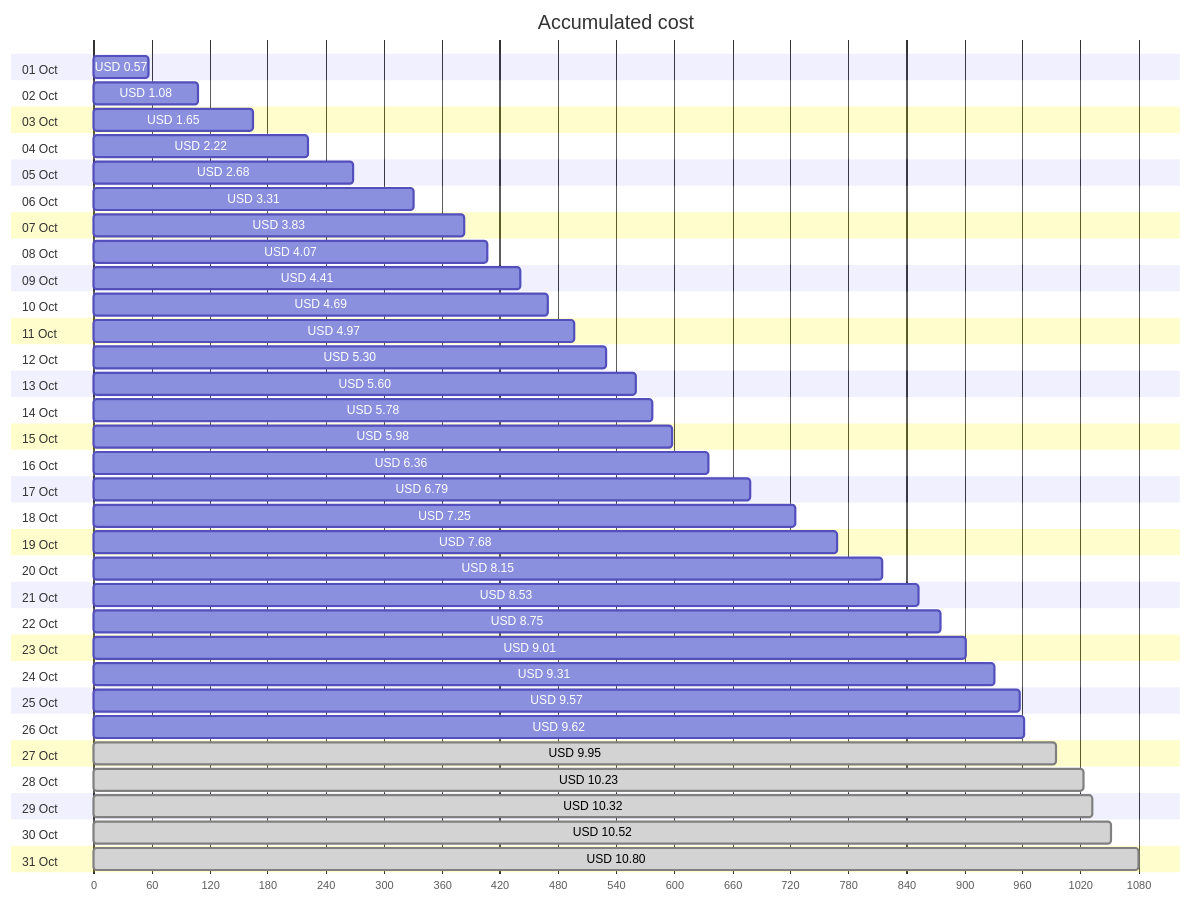
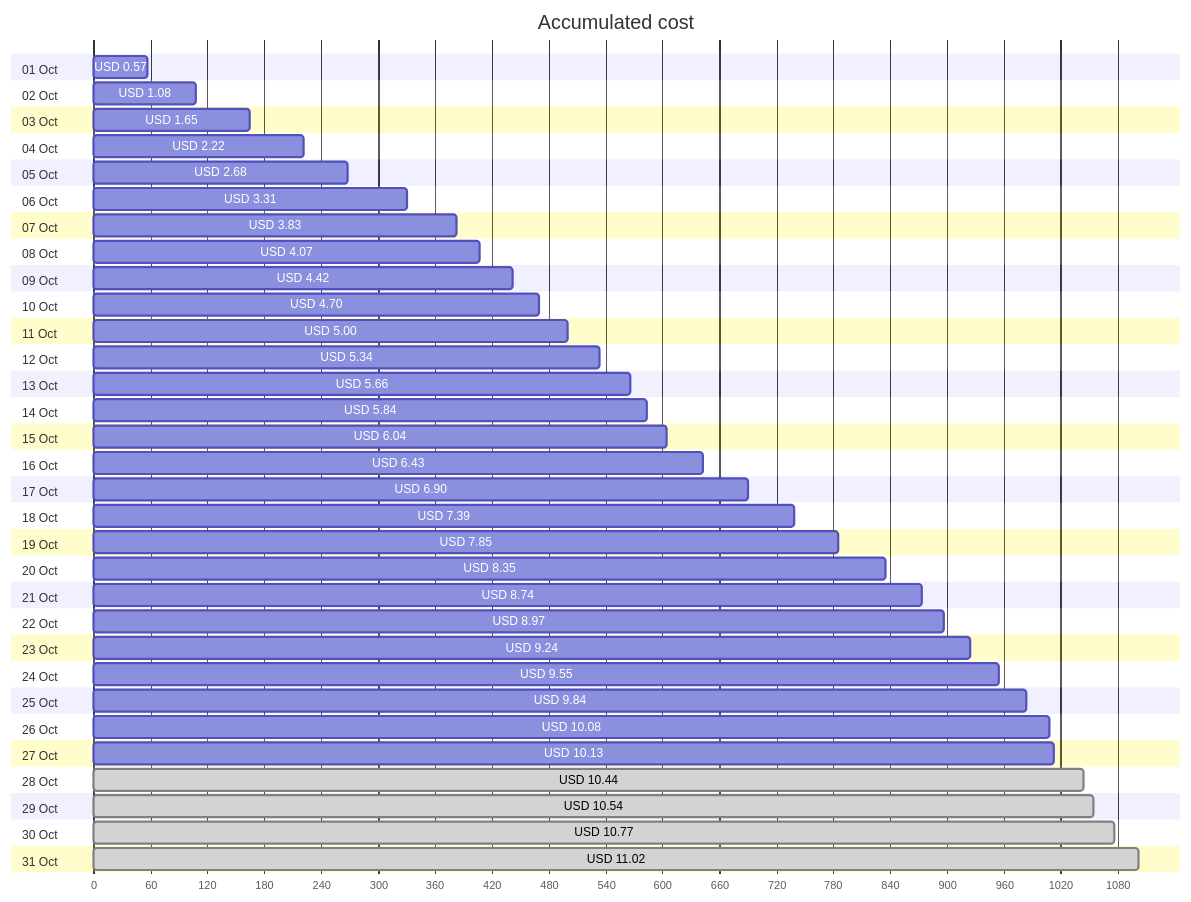
Before and after one commit to jpfulton/azure-personal-reports: the first of 4 diagrams in cost-reports/personal-network/vpn-server.md, drawn with Mermaid. The commit also changed other lines of this file and 7 other files, not shown here.

````diff
--- a/cost-reports/personal-network/vpn-server.md
+++ b/cost-reports/personal-network/vpn-server.md
@@ -20,68 +20,68 @@
 ```mermaid
 gantt
    title Accumulated cost
    dateFormat  X
    axisFormat %s
    section 01 Oct
    USD 0.57 :0, 57
    section 02 Oct
    USD 1.08 :0, 108
    section 03 Oct
    USD 1.65 :0, 165
    section 04 Oct
    USD 2.22 :0, 222
    section 05 Oct
    USD 2.68 :0, 268
    section 06 Oct
    USD 3.31 :0, 331
    section 07 Oct
    USD 3.83 :0, 383
    section 08 Oct
    USD 4.07 :0, 407
    section 09 Oct
-   USD 4.41 :0, 441
+   USD 4.42 :0, 442
    section 10 Oct
-   USD 4.69 :0, 469
+   USD 4.70 :0, 470
    section 11 Oct
-   USD 4.97 :0, 497
+   USD 5.00 :0, 500
    section 12 Oct
-   USD 5.30 :0, 530
+   USD 5.34 :0, 534
    section 13 Oct
-   USD 5.60 :0, 560
+   USD 5.66 :0, 566
    section 14 Oct
-   USD 5.78 :0, 578
+   USD 5.84 :0, 584
    section 15 Oct
-   USD 5.98 :0, 598
+   USD 6.04 :0, 604
    section 16 Oct
-   USD 6.36 :0, 636
+   USD 6.43 :0, 643
    section 17 Oct
-   USD 6.79 :0, 679
+   USD 6.90 :0, 690
    section 18 Oct
-   USD 7.25 :0, 725
+   USD 7.39 :0, 739
    section 19 Oct
-   USD 7.68 :0, 768
+   USD 7.85 :0, 785
    section 20 Oct
-   USD 8.15 :0, 815
+   USD 8.35 :0, 835
    section 21 Oct
-   USD 8.53 :0, 853
+   USD 8.74 :0, 874
    section 22 Oct
-   USD 8.75 :0, 875
+   USD 8.97 :0, 897
    section 23 Oct
-   USD 9.01 :0, 901
+   USD 9.24 :0, 924
    section 24 Oct
-   USD 9.31 :0, 931
+   USD 9.55 :0, 955
    section 25 Oct
-   USD 9.57 :0, 957
+   USD 9.84 :0, 984
    section 26 Oct
-   USD 9.62 :0, 962
+   USD 10.08 :0, 1008
    section 27 Oct
-   USD 9.95 : done, 0, 995
+   USD 10.13 :0, 1013
    section 28 Oct
-   USD 10.23 : done, 0, 1023
+   USD 10.44 : done, 0, 1044
    section 29 Oct
-   USD 10.32 : done, 0, 1032
+   USD 10.54 : done, 0, 1054
    section 30 Oct
-   USD 10.52 : done, 0, 1052
+   USD 10.77 : done, 0, 1077
    section 31 Oct
-   USD 10.80 : done, 0, 1080
+   USD 11.02 : done, 0, 1102
 ```
````
